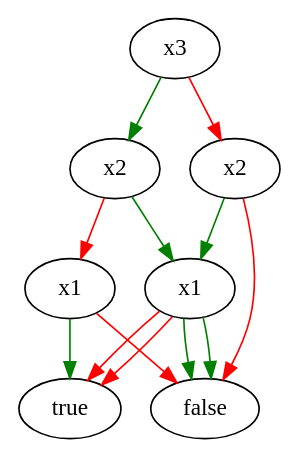
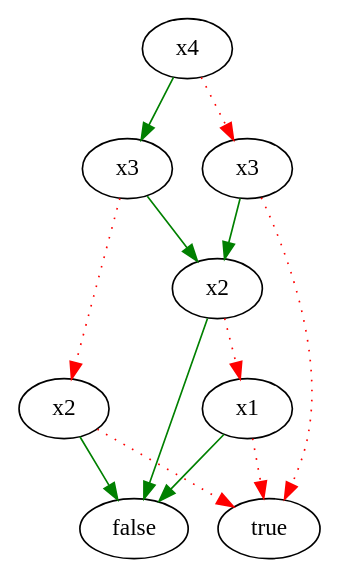
Before and after one commit to aboubacardiawara/algav-project: the diagram in Test.dot, drawn with Graphviz. The commit also changed 5 other files, not shown here.

```diff
--- a/Test.dot
+++ b/Test.dot
@@ -1,28 +1,23 @@
 digraph{
-Ptr0x13a606e10 [label="x3" ] 
-Ptr0x13a606ee0 [label="x2" ] 
-Ptr0x13a606f50 [label="x1" ] 
-Ptr0x13a606fa0 [label="false" ] 
-Ptr0x13a606fe0 [label="true" ] 
-Ptr0x13a606f50 -> Ptr0x13a606fa0 [color="green"]
-Ptr0x13a606f50 -> Ptr0x13a606fe0 [color="red"]
-Ptr0x13a607020 [label="x1" ] 
-Ptr0x13a606fe0 [label="true" ] 
-Ptr0x13a606fa0 [label="false" ] 
-Ptr0x13a607020 -> Ptr0x13a606fe0 [color="green"]
-Ptr0x13a607020 -> Ptr0x13a606fa0 [color="red"]
-Ptr0x13a606ee0 -> Ptr0x13a606f50 [color="green"]
-Ptr0x13a606ee0 -> Ptr0x13a607020 [color="red"]
-Ptr0x13a6070f0 [label="x2" ] 
-Ptr0x13a606f50 [label="x1" ] 
-Ptr0x13a606fa0 [label="false" ] 
-Ptr0x13a606fe0 [label="true" ] 
-Ptr0x13a606f50 -> Ptr0x13a606fa0 [color="green"]
-Ptr0x13a606f50 -> Ptr0x13a606fe0 [color="red"]
-Ptr0x13a606fa0 [label="false" ] 
-Ptr0x13a6070f0 -> Ptr0x13a606f50 [color="green"]
-Ptr0x13a6070f0 -> Ptr0x13a606fa0 [color="red"]
-Ptr0x13a606e10 -> Ptr0x13a606ee0 [color="green"]
-Ptr0x13a606e10 -> Ptr0x13a6070f0 [color="red"]
+Ptr0x13be06e10 [label="x4" ] 
+Ptr0x13be06e10 -> Ptr0x13be06ee0 [color="green"]
+Ptr0x13be06e10 -> Ptr0x13be07350 [style="dotted" color="red"]
+Ptr0x13be07350 [label="x3" ] 
+Ptr0x13be07350 -> Ptr0x13be073a0 [color="green"]
+Ptr0x13be07350 -> Ptr0x13be07740 [style="dotted" color="red"]
+Ptr0x13be073a0 [label="x2" ] 
+Ptr0x13be073a0 -> Ptr0x13be07510 [color="green"]
+Ptr0x13be073a0 -> Ptr0x13be074c0 [style="dotted" color="red"]
+Ptr0x13be07160 [label="x2" ] 
+Ptr0x13be07160 -> Ptr0x13be07510 [color="green"]
+Ptr0x13be07160 -> Ptr0x13be07740 [style="dotted" color="red"]
+Ptr0x13be074c0 [label="x1" ] 
+Ptr0x13be074c0 -> Ptr0x13be07510 [color="green"]
+Ptr0x13be074c0 -> Ptr0x13be07740 [style="dotted" color="red"]
+Ptr0x13be07510 [label="false" ] 
+Ptr0x13be06ee0 [label="x3" ] 
+Ptr0x13be06ee0 -> Ptr0x13be073a0 [color="green"]
+Ptr0x13be06ee0 -> Ptr0x13be07160 [style="dotted" color="red"]
+Ptr0x13be07740 [label="true" ] 
 
 }
```
